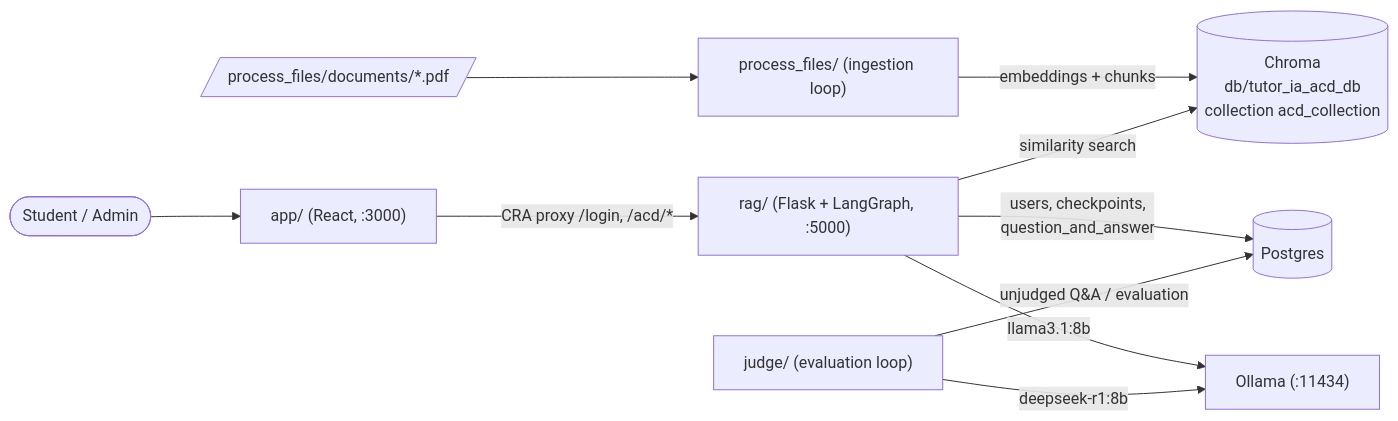
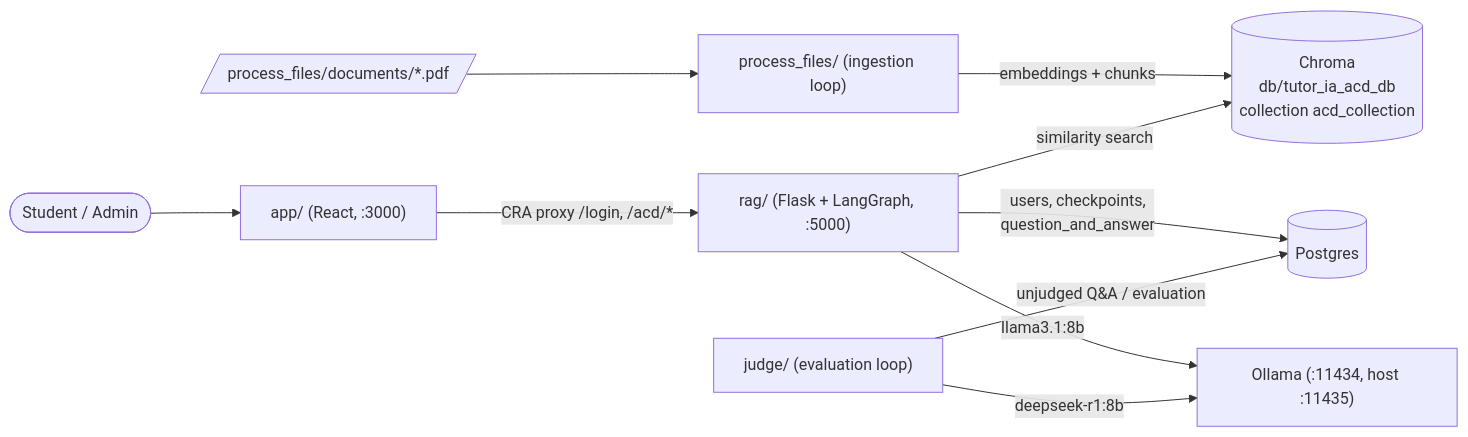
One commit to PosWeb2025Acd/TutorIA changed the first of 6 diagrams in docs/ARCHITECTURE.md. Above: the diagram before and after it, drawn with Mermaid. The commit also changed other lines of this file and 4 other files, not shown here.

First line of the commit message:
Publica o Ollama do projeto na porta 11435 do host

````diff
--- a/docs/ARCHITECTURE.md
+++ b/docs/ARCHITECTURE.md
@@ -5,15 +5,15 @@
 ```mermaid
 flowchart LR
     user([Student / Admin]) --> app["app/ (React, :3000)"]
     app -- "CRA proxy /login, /acd/*" --> rag["rag/ (Flask + LangGraph, :5000)"]
 
     pdfs[/"process_files/documents/*.pdf"/] --> pf["process_files/ (ingestion loop)"]
     pf -- "embeddings + chunks" --> chroma[("Chroma<br/>db/tutor_ia_acd_db<br/>collection acd_collection")]
 
     rag -- "similarity search" --> chroma
     rag -- "users, checkpoints,<br/>question_and_answer" --> pg[("Postgres")]
-    rag -- "llama3.1:8b" --> ollama["Ollama (:11434)"]
+    rag -- "llama3.1:8b" --> ollama["Ollama (:11434, host :11435)"]
 
     judge["judge/ (evaluation loop)"] -- "unjudged Q&A / evaluation" --> pg
     judge -- "deepseek-r1:8b" --> ollama
 ```
````
